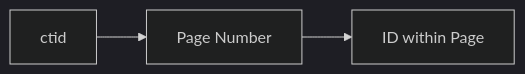
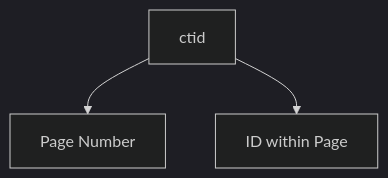
One commit to tdadadavid/sd-journal changed the diagram in relational-db/mvcc.md. Above: the diagram before and after it, drawn with Mermaid (dark theme).

Commit message:
fix(mermaid): update markdown

````diff
--- a/relational-db/mvcc.md
+++ b/relational-db/mvcc.md
@@ -8,5 +8,6 @@
 ```mermaid
-graph LR
-    A[ctid] --> B[Page Number]
-    B --> C[ID within Page]
+graph TD
+    A[ctid] 
+    A --> B[Page Number]
+    A --> C[ID within Page]
 ```
````
